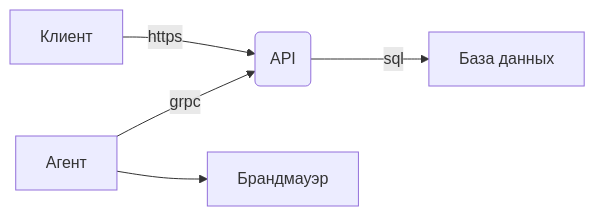
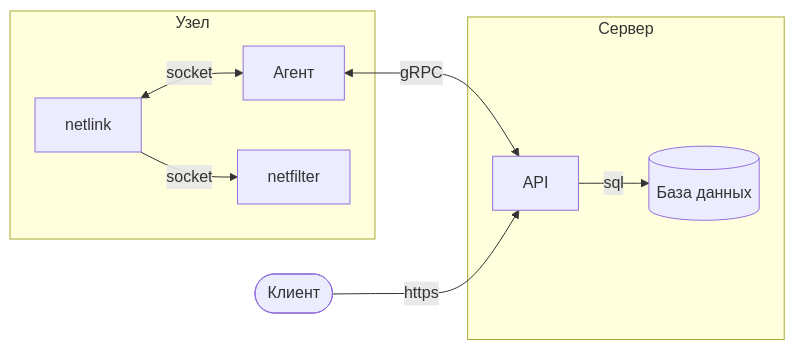
The diagram in documentation/docs/tech-docs/components.mdx (wildberries-tech/sgroups), drawn with Mermaid before and after one commit. The commit also changed other lines of this file and 1 other file, not shown here.

````diff
--- a/documentation/docs/tech-docs/components.mdx
+++ b/documentation/docs/tech-docs/components.mdx
@@ -11,8 +12,21 @@
-```mermaid
-flowchart LR
-    A[Клиент] -->|https| C(API)
-    B[Агент] -->|grpc| C(API)
-    C --> |sql| D[База данных]
-    B --> E[Брандмауэр]
+  ```mermaid
+  flowchart LR
+    client([Клиент])
+    agent[Агент]
+    api[API]
+    db[(База данных)]
+    nl[netlink]
+    nf[netfilter]
 
-```
+    subgraph Узел
+      nl<-->|socket|agent
+      nl-->|socket|nf
+    end
+
+    subgraph Сервер
+      api-->|sql|db
+    end
+
+    agent<-->|gRPC|api
+    client-->|https|api
+  ```
````
